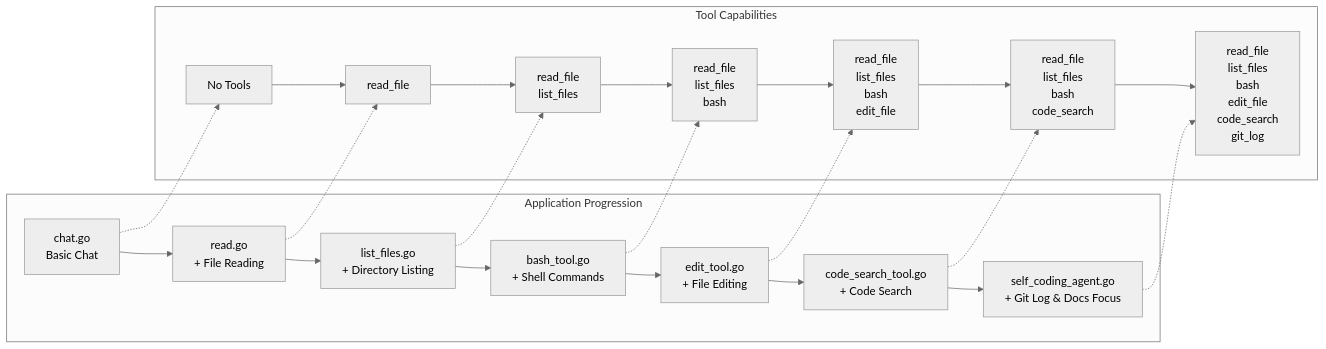
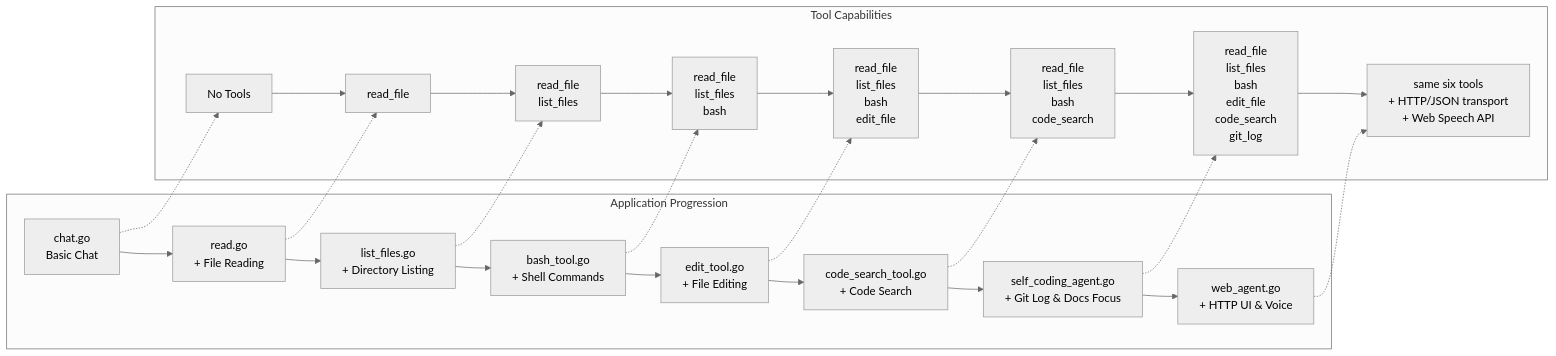
One commit to AGI-Corporation/how-to-build-a-coding-agent changed the first of 2 diagrams in README.md. Above: the diagram before and after it, drawn with Mermaid (neutral theme). The commit also changed other lines of this file and 8 other files, not shown here.

````diff
--- a/README.md
+++ b/README.md
@@ -39,28 +41,31 @@
 ```mermaid
 graph LR
     subgraph "Application Progression"
         A[chat.go<br/>Basic Chat] --> B[read.go<br/>+ File Reading]
         B --> C[list_files.go<br/>+ Directory Listing]
         C --> D[bash_tool.go<br/>+ Shell Commands]
         D --> E[edit_tool.go<br/>+ File Editing]
         E --> F[code_search_tool.go<br/>+ Code Search]
         F --> S[self_coding_agent.go<br/>+ Git Log & Docs Focus]
+        S --> W[web_agent.go<br/>+ HTTP UI & Voice]
     end
 
     subgraph "Tool Capabilities"
         G[No Tools] --> H[read_file]
         H --> I[read_file<br/>list_files]
         I --> J[read_file<br/>list_files<br/>bash]
         J --> K[read_file<br/>list_files<br/>bash<br/>edit_file]
         K --> L[read_file<br/>list_files<br/>bash<br/>code_search]
         L --> M[read_file<br/>list_files<br/>bash<br/>edit_file<br/>code_search<br/>git_log]
+        M --> N[same six tools<br/>+ HTTP/JSON transport<br/>+ Web Speech API]
     end
 
     A -.-> G
     B -.-> H
     C -.-> I
     D -.-> J
     E -.-> K
     F -.-> L
     S -.-> M
+    W -.-> N
 ```
````
